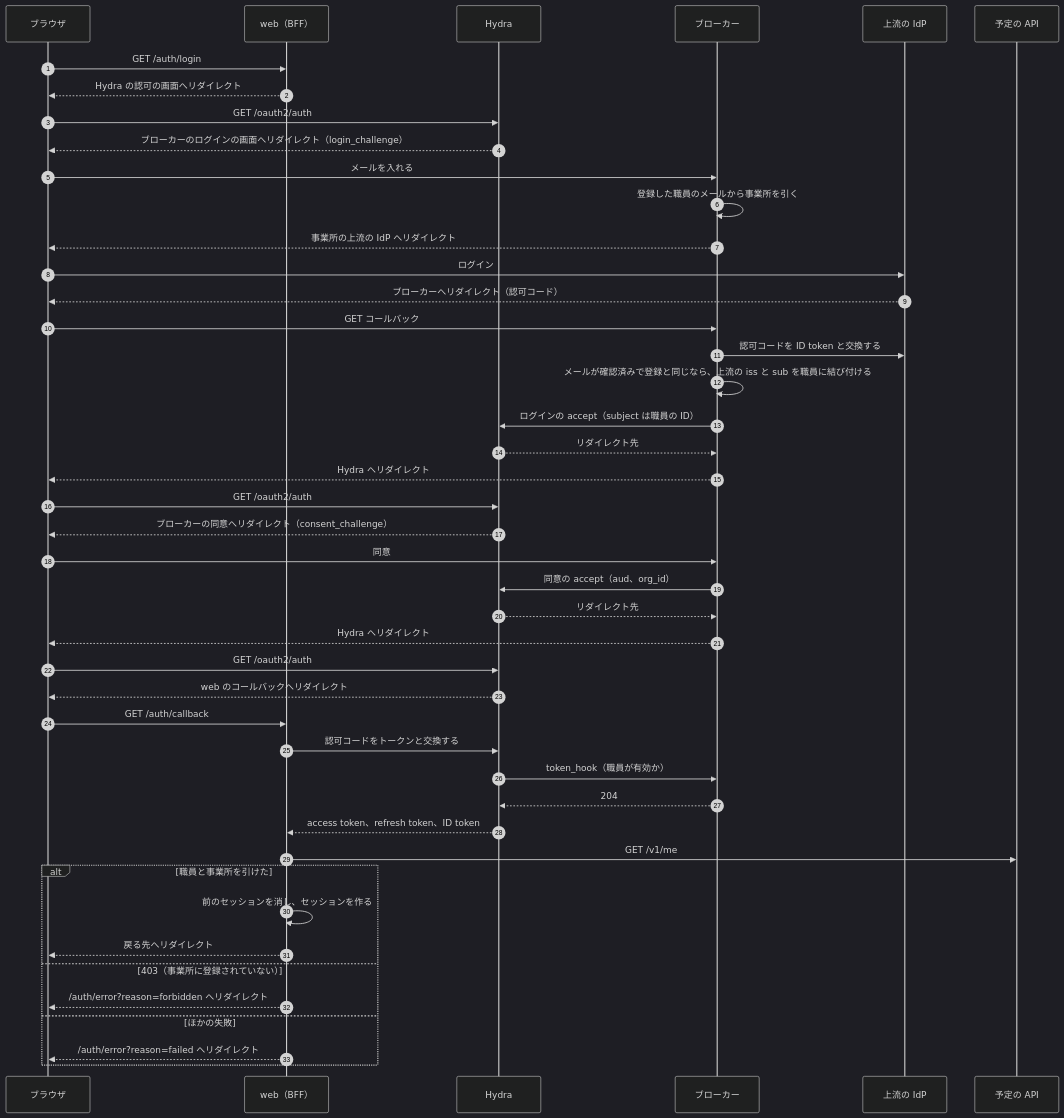
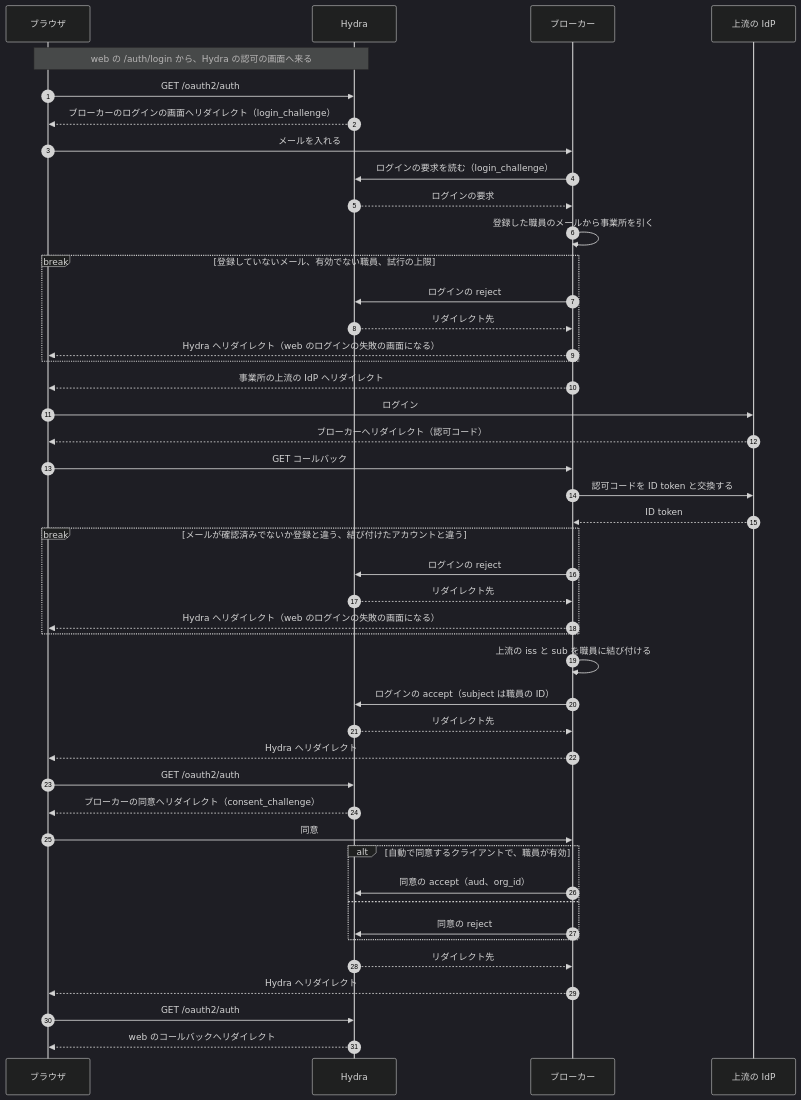
One commit to Fukuemon/buddy changed the third of 8 diagrams in services/broker/DesignDoc.md. Above: the diagram before and after it, drawn with Mermaid (dark theme). The commit also changed other lines of this file, not shown here.

First line of the commit message:
docs(broker): ログインと登録とログアウトの図に、拒む道と呼び出し元への戻りを描く #428

````diff
--- a/services/broker/DesignDoc.md
+++ b/services/broker/DesignDoc.md
@@ -98,47 +100,47 @@
 ```mermaid
 sequenceDiagram
   autonumber
   participant B as ブラウザ
-  participant W as web（BFF）
   participant H as Hydra
   participant K as ブローカー
   participant U as 上流の IdP
-  participant A as 予定の API
-  B->>W: GET /auth/login
-  W-->>B: Hydra の認可の画面へリダイレクト
+  Note over B,H: web の /auth/login から、Hydra の認可の画面へ来る
   B->>H: GET /oauth2/auth
   H-->>B: ブローカーのログインの画面へリダイレクト（login_challenge）
   B->>K: メールを入れる
+  K->>H: ログインの要求を読む（login_challenge）
+  H-->>K: ログインの要求
   K->>K: 登録した職員のメールから事業所を引く
+  break 登録していないメール、有効でない職員、試行の上限
+    K->>H: ログインの reject
+    H-->>K: リダイレクト先
+    K-->>B: Hydra へリダイレクト（web のログインの失敗の画面になる）
+  end
   K-->>B: 事業所の上流の IdP へリダイレクト
   B->>U: ログイン
   U-->>B: ブローカーへリダイレクト（認可コード）
   B->>K: GET コールバック
   K->>U: 認可コードを ID token と交換する
-  K->>K: メールが確認済みで登録と同じなら、上流の iss と sub を職員に結び付ける
+  U-->>K: ID token
+  break メールが確認済みでないか登録と違う、結び付けたアカウントと違う
+    K->>H: ログインの reject
+    H-->>K: リダイレクト先
+    K-->>B: Hydra へリダイレクト（web のログインの失敗の画面になる）
+  end
+  K->>K: 上流の iss と sub を職員に結び付ける
   K->>H: ログインの accept（subject は職員の ID）
   H-->>K: リダイレクト先
   K-->>B: Hydra へリダイレクト
   B->>H: GET /oauth2/auth
   H-->>B: ブローカーの同意へリダイレクト（consent_challenge）
   B->>K: 同意
-  K->>H: 同意の accept（aud、org_id）
+  alt 自動で同意するクライアントで、職員が有効
+    K->>H: 同意の accept（aud、org_id）
+  else
+    K->>H: 同意の reject
+  end
   H-->>K: リダイレクト先
   K-->>B: Hydra へリダイレクト
   B->>H: GET /oauth2/auth
   H-->>B: web のコールバックへリダイレクト
-  B->>W: GET /auth/callback
-  W->>H: 認可コードをトークンと交換する
-  H->>K: token_hook（職員が有効か）
-  K-->>H: 204
-  H-->>W: access token、refresh token、ID token
-  W->>A: GET /v1/me
-  alt 職員と事業所を引けた
-    W->>W: 前のセッションを消し、セッションを作る
-    W-->>B: 戻る先へリダイレクト
-  else 403（事業所に登録されていない）
-    W-->>B: /auth/error?reason=forbidden へリダイレクト
-  else ほかの失敗
-    W-->>B: /auth/error?reason=failed へリダイレクト
-  end
 ```
````
